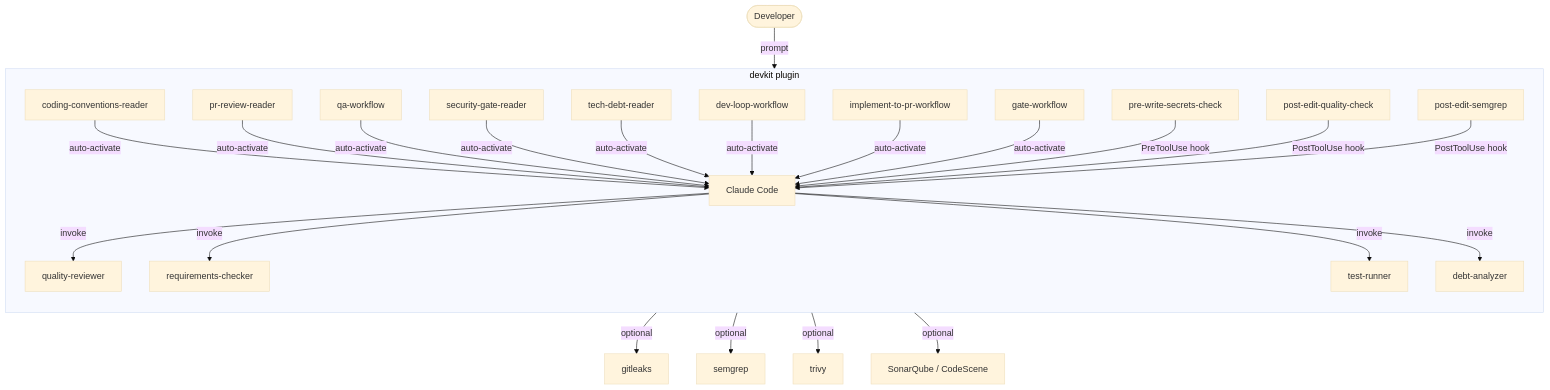
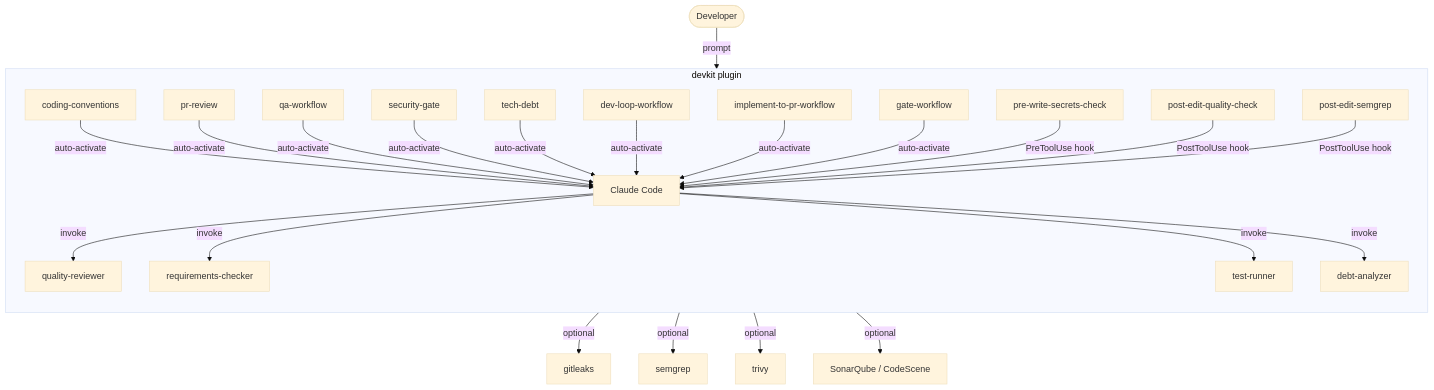
The diagram in README.md (3eer/devkit), drawn with Mermaid (base theme) before and after one commit. The commit also changed other lines of this file and 20 other files, not shown here.

````diff
--- a/README.md
+++ b/README.md
@@ -49,30 +49,30 @@
 ```mermaid
 flowchart TD
     User([Developer]) -->|prompt| CC[Claude Code]
 
     subgraph devkit["devkit plugin"]
         direction TB
-        S1[coding-conventions-reader] -->|auto-activate| CC
-        S2[pr-review-reader] -->|auto-activate| CC
+        S1[coding-conventions] -->|auto-activate| CC
+        S2[pr-review] -->|auto-activate| CC
         S3[qa-workflow] -->|auto-activate| CC
-        S4[security-gate-reader] -->|auto-activate| CC
-        S5[tech-debt-reader] -->|auto-activate| CC
+        S4[security-gate] -->|auto-activate| CC
+        S5[tech-debt] -->|auto-activate| CC
         S6[dev-loop-workflow] -->|auto-activate| CC
         S7[implement-to-pr-workflow] -->|auto-activate| CC
         S8[gate-workflow] -->|auto-activate| CC
 
         H1[pre-write-secrets-check] -->|PreToolUse hook| CC
         H2[post-edit-quality-check] -->|PostToolUse hook| CC
         H3[post-edit-semgrep] -->|PostToolUse hook| CC
 
         CC -->|invoke| A1[quality-reviewer]
         CC -->|invoke| A1b[requirements-checker]
         CC -->|invoke| A2[test-runner]
         CC -->|invoke| A3[debt-analyzer]
     end
 
     A2 -->|optional| EXT1[gitleaks]
     A2 -->|optional| EXT2[semgrep]
     A2 -->|optional| EXT3[trivy]
     A3 -->|optional| EXT4[SonarQube / CodeScene]
 ```
````
